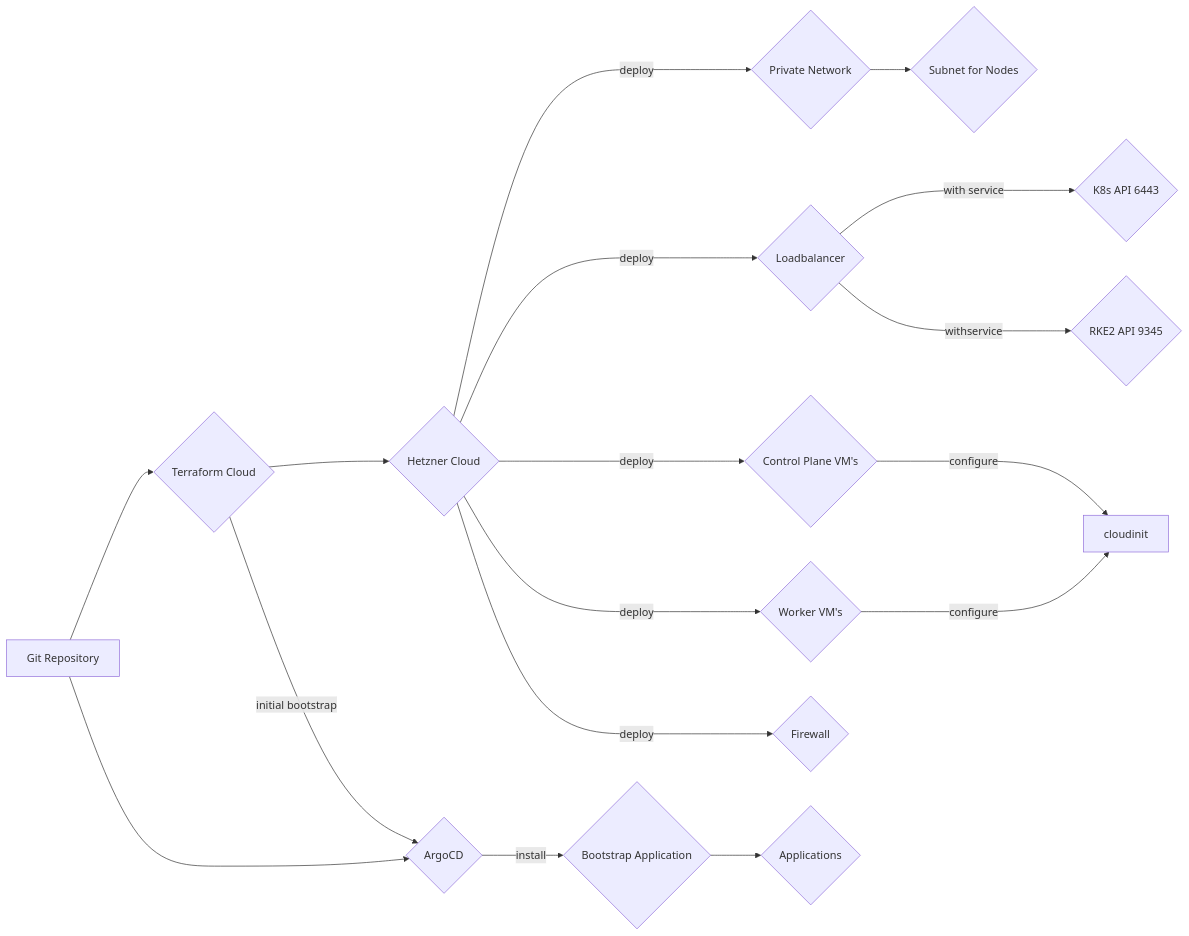
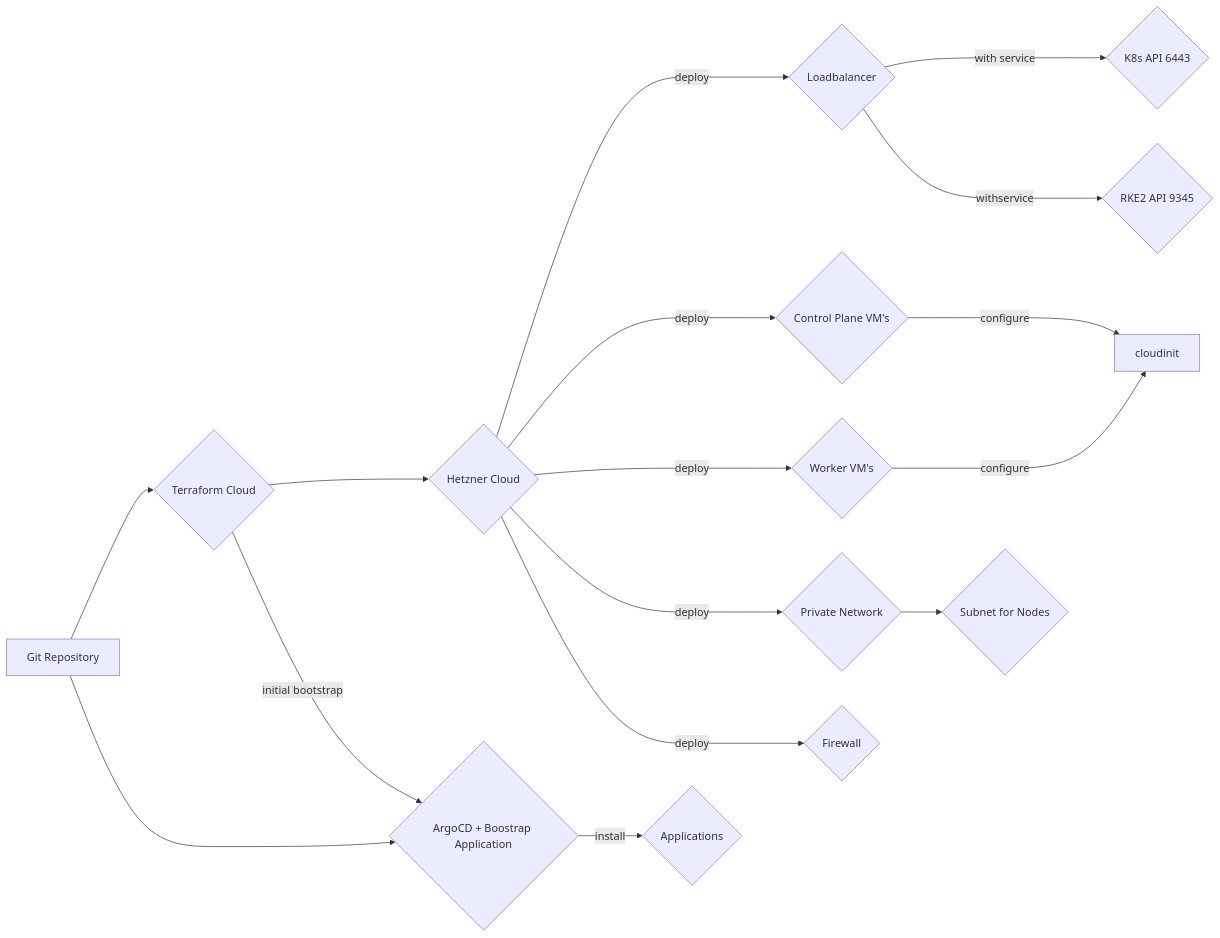
Before and after one commit to acend/infrastructure: the diagram in README.md, drawn with Mermaid.

````diff
--- a/README.md
+++ b/README.md
@@ -27,27 +27,25 @@
 ```mermaid
 flowchart LR
     A[Git Repository]
     A --> B{Terraform Cloud}
 
     B --> C{Hetzner Cloud}
 
     C -- deploy ---> C1{Loadbalancer}
     C1 -- with service ---> C11{K8s API 6443}
     C1 -- withservice ---> C12{RKE2 API 9345}
     C -- deploy ---> C2{Control Plane VM's}
     C -- deploy ---> C3{Worker VM's}
     C -- deploy ---> C4{Private Network}
     C4 --> C41{Subnet for Nodes}
     C -- deploy ---> C5{Firewall}
     C2 -- configure ---> cloudinit
     C3 -- configure ---> cloudinit
     
     B-- initial bootstrap -->D
 
-    A --> D{ArgoCD}
+    A --> D{ArgoCD + Boostrap Application}
 
-    D -- install -->D1{Bootstrap Application}
-
-    D1 --> D1K{Applications}
+    D -- install -->D1{Applications}
 
 ```
````
